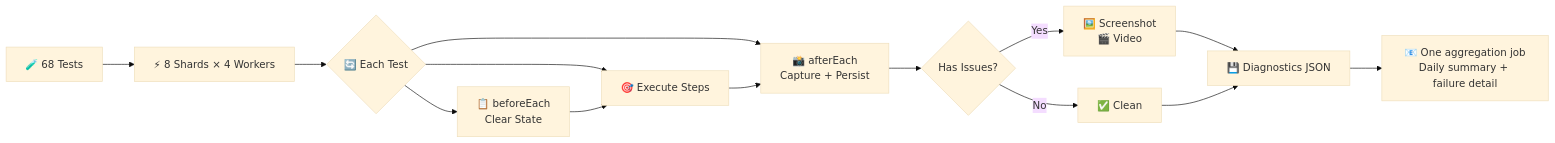
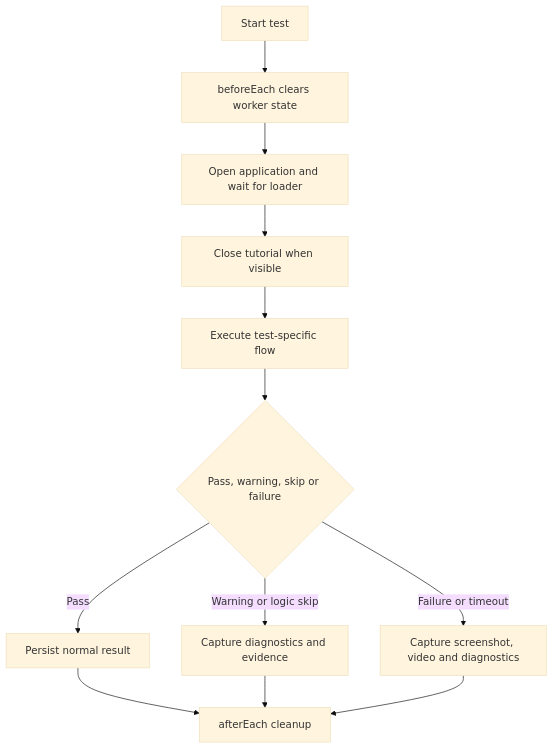
The first of 2 diagrams in README.md (GeoWGS84-Testing/datastore84-new-testing), drawn with Mermaid (base theme) before and after one commit. The commit also changed other lines of this file and 3 other files, not shown here.

````diff
--- a/README.md
+++ b/README.md
@@ -19,16 +116,14 @@
 ```mermaid
-graph LR
-    A[🧪 68 Tests] --> B[⚡ 8 Shards × 4 Workers]
-    B --> C{🔄 Each Test}
-    C --> D[📋 beforeEach<br/>Clear State]
-    C --> E[🎯 Execute Steps]
-    C --> F[📸 afterEach<br/>Capture + Persist]
-    D --> E
-    E --> F
-    F --> G{Has Issues?}
-    G -->|Yes| H[🖼️ Screenshot<br/>🎬 Video]
-    G -->|No| I[✅ Clean]
-    H --> J[💾 Diagnostics JSON]
+flowchart TD
+    A[Start test] --> B[beforeEach clears worker state]
+    B --> C[Open application and wait for loader]
+    C --> D[Close tutorial when visible]
+    D --> E[Execute test-specific flow]
+    E --> F{Pass, warning, skip or failure}
+    F -->|Pass| G[Persist normal result]
+    F -->|Warning or logic skip| H[Capture diagnostics and evidence]
+    F -->|Failure or timeout| I[Capture screenshot, video and diagnostics]
+    G --> J[afterEach cleanup]
+    H --> J
     I --> J
-    J --> K[📧 One aggregation job<br/>Daily summary + failure detail]
 ```
````
